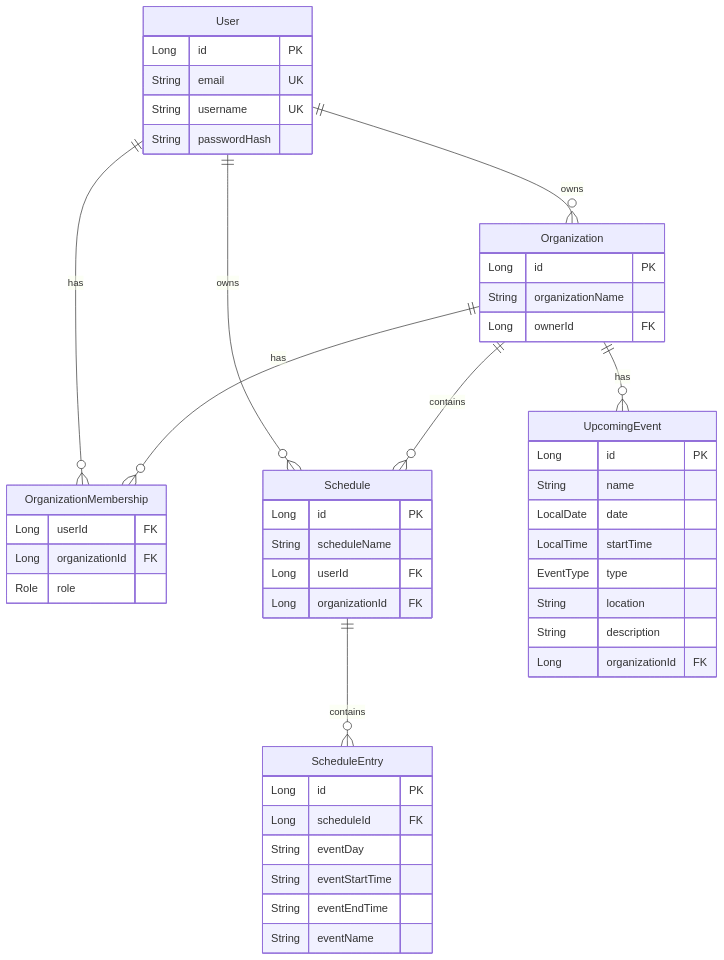
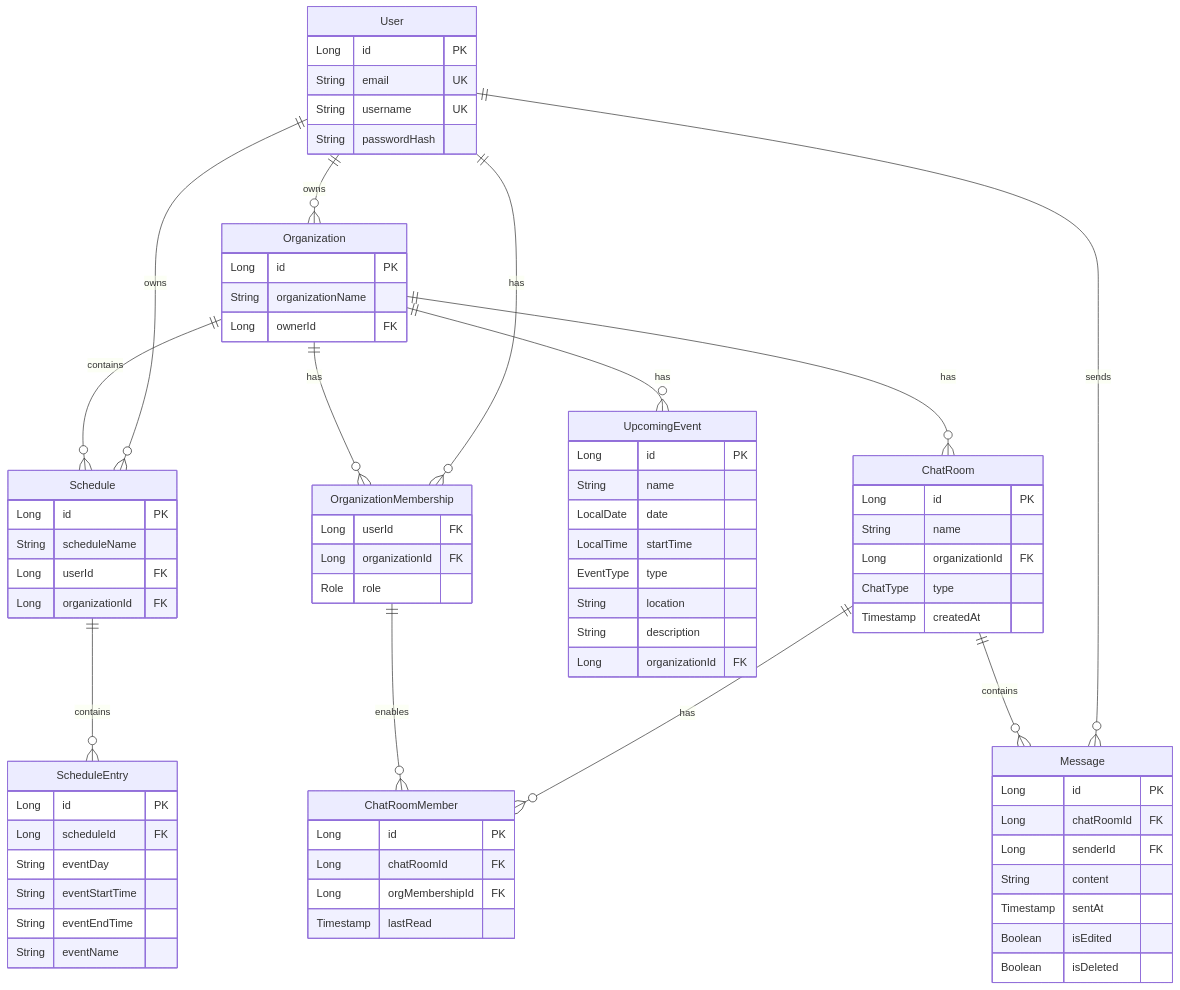
One commit to andkob/Planly changed the diagram in README.md. Above: the diagram before and after it, drawn with Mermaid. The commit also changed other lines of this file, not shown here.

````diff
--- a/README.md
+++ b/README.md
@@ -40,18 +68,19 @@
     User ||--o{ Organization : "owns"
     User ||--o{ OrganizationMembership : "has"
     User ||--o{ Schedule : "owns"
+    User ||--o{ Message : "sends"
     
     Organization ||--o{ OrganizationMembership : "has"
     Organization ||--o{ Schedule : "contains"
     Organization ||--o{ UpcomingEvent : "has"
+    Organization ||--o{ ChatRoom : "has"
     
     Schedule ||--o{ ScheduleEntry : "contains"
     
-    OrganizationMembership {
-        Long userId FK
-        Long organizationId FK
-        Role role
-    }
+    ChatRoom ||--o{ Message : "contains"
+    ChatRoom ||--o{ ChatRoomMember : "has"
+    
+    OrganizationMembership ||--o{ ChatRoomMember : "enables"
     
     User {
         Long id PK
@@ -64,6 +93,12 @@
         Long id PK
         String organizationName
         Long ownerId FK
+    }
+    
+    OrganizationMembership {
+        Long userId FK
+        Long organizationId FK
+        Role role
     }
     
     Schedule {
@@ -92,4 +127,29 @@
         String description
         Long organizationId FK
     }
+
+    ChatRoom {
+        Long id PK
+        String name
+        Long organizationId FK
+        ChatType type
+        Timestamp createdAt
+    }
+
+    Message {
+        Long id PK
+        Long chatRoomId FK
+        Long senderId FK
+        String content
+        Timestamp sentAt
+        Boolean isEdited
+        Boolean isDeleted
+    }
+
+    ChatRoomMember {
+        Long id PK
+        Long chatRoomId FK
+        Long orgMembershipId FK
+        Timestamp lastRead
+    }
 ```
````
